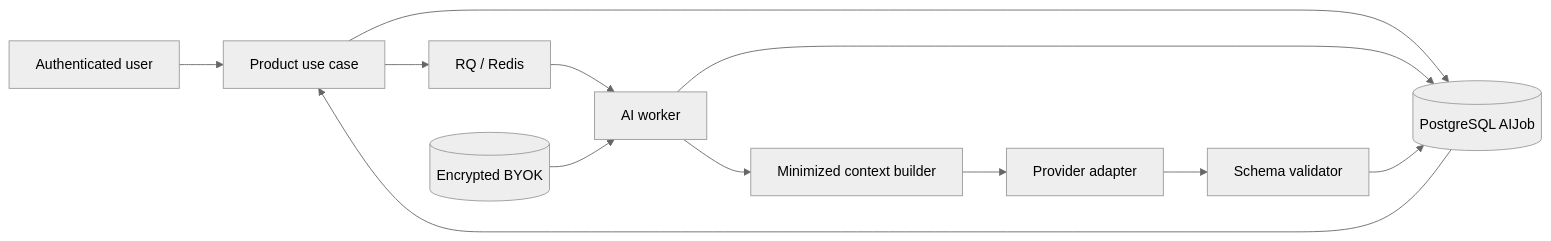
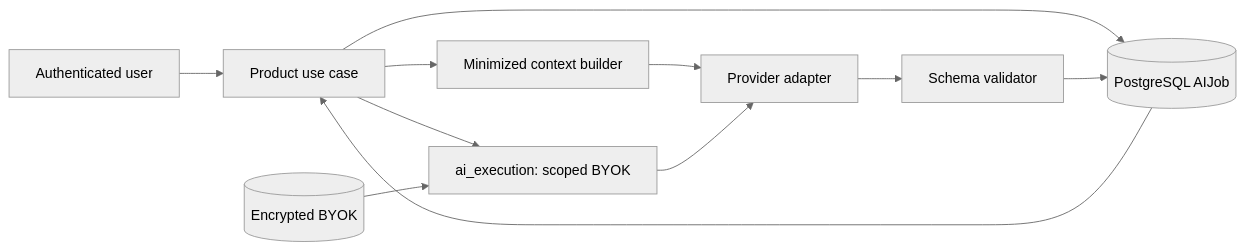
The diagram in backend/docs/architecture/ai_data_flow_threat_model.md (joseantoniogahez/abogado_facil), drawn with Mermaid (neutral theme) before and after one commit. The commit also changed other lines of this file and 50 other files, not shown here.

````diff
--- a/backend/docs/architecture/ai_data_flow_threat_model.md
+++ b/backend/docs/architecture/ai_data_flow_threat_model.md
@@ -10,14 +10,13 @@
 ```mermaid
 flowchart LR
     U[Authenticated user] --> A[Product use case]
     A --> J[(PostgreSQL AIJob)]
-    A --> Q[RQ / Redis]
-    Q --> W[AI worker]
-    W --> J
-    W --> C[Minimized context builder]
+    A --> C[Minimized context builder]
+    A --> E[ai_execution: scoped BYOK]
     C --> P[Provider adapter]
-    K[(Encrypted BYOK)] --> W
+    E --> P
+    K[(Encrypted BYOK)] --> E
     P --> V[Schema validator]
     V --> J
     J --> A
 ```
````
